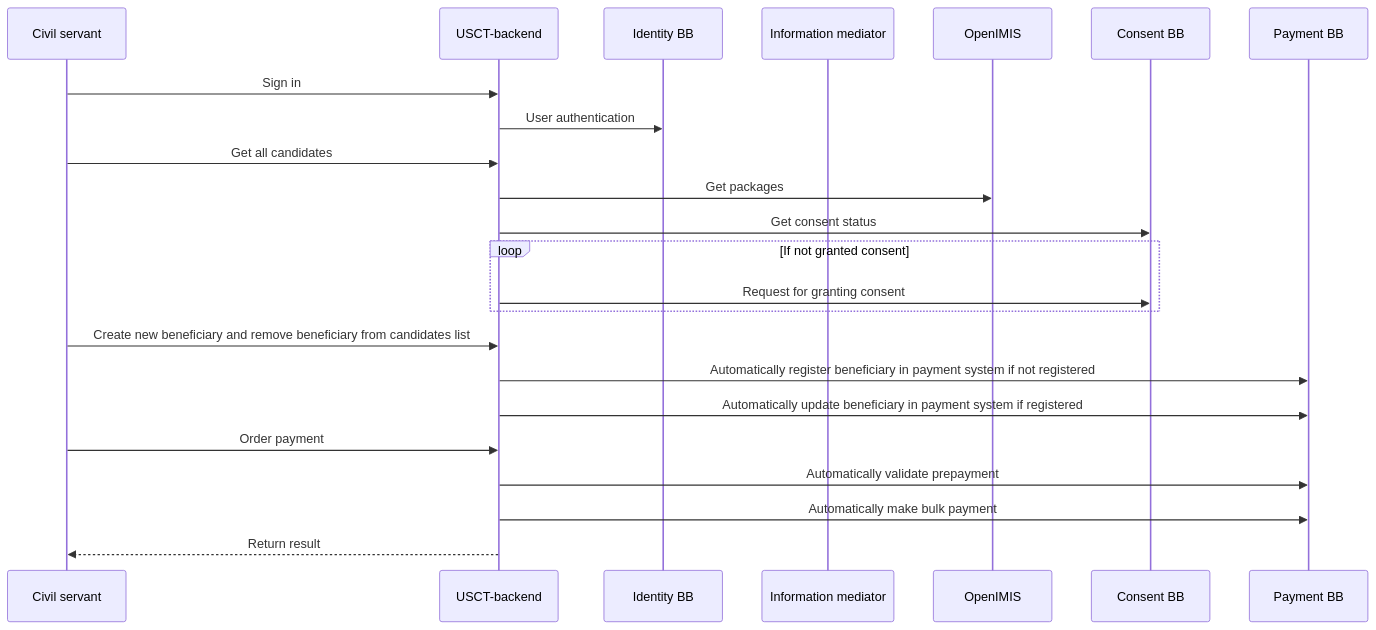
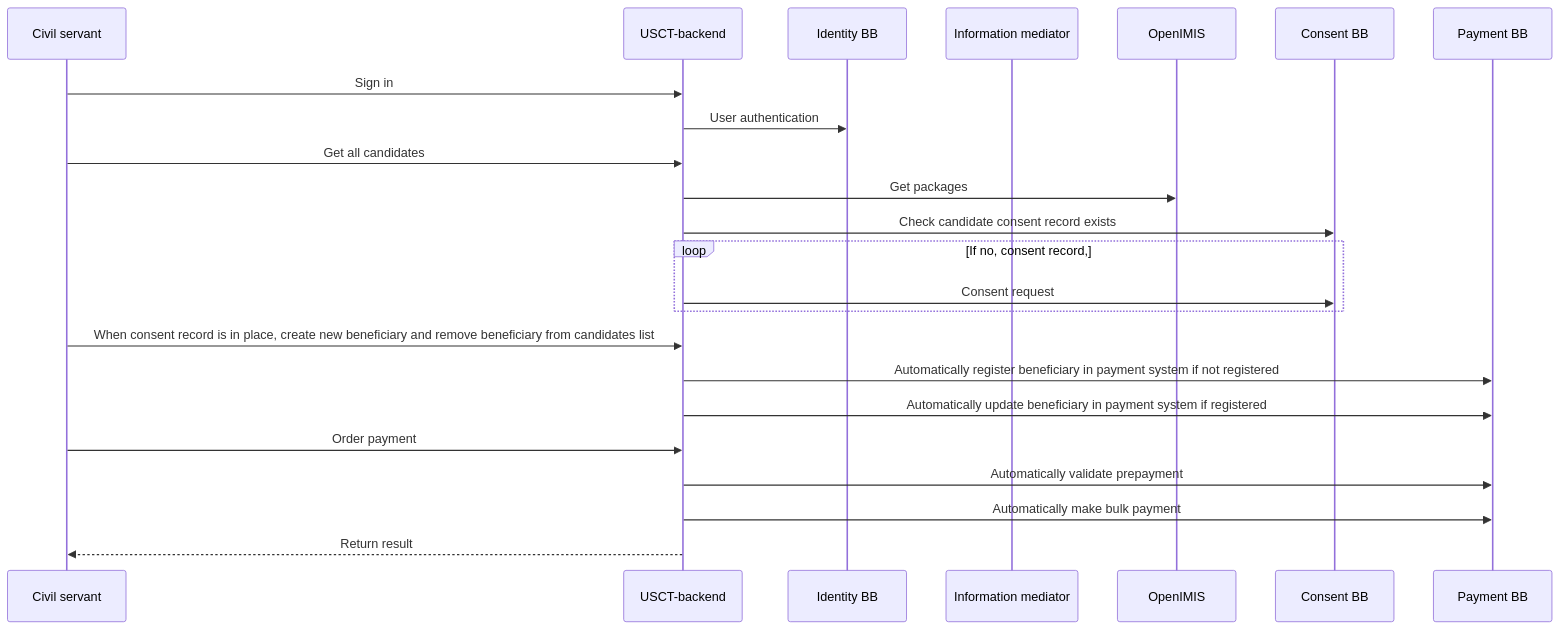
One commit to oci-sunbird/sandbox-usecase-usct-backend changed the diagram in docs/main.md. Above: the diagram before and after it, drawn with Mermaid.

Commit message:
Update diagram

````diff
--- a/docs/main.md
+++ b/docs/main.md
@@ -11,20 +11,20 @@
 ```mermaid
 sequenceDiagram
     Civil servant ->> USCT-backend: Sign in
     USCT-backend ->> Identity BB: User authentication
     participant im as Information mediator
 
     Civil servant ->> USCT-backend: Get all candidates
     USCT-backend ->> OpenIMIS: Get packages
-    USCT-backend ->> Consent BB: Get consent status
-    loop If not granted consent
-      USCT-backend ->>Consent BB: Request for granting consent
+    USCT-backend ->> Consent BB: Check candidate consent record exists
+    loop If no, consent record,
+      USCT-backend ->>Consent BB: Consent request
     end
-    Civil servant ->> USCT-backend: Create new beneficiary and remove beneficiary from candidates list
+  Civil servant ->> USCT-backend: When consent record is in place, create new beneficiary and remove beneficiary from candidates list
     USCT-backend ->> Payment BB: Automatically register beneficiary in payment system if not registered
     USCT-backend ->> Payment BB: Automatically update beneficiary in payment system if registered
     Civil servant ->> USCT-backend: Order payment
     USCT-backend ->> Payment BB: Automatically validate prepayment
     USCT-backend ->> Payment BB: Automatically make bulk payment
     USCT-backend -->> Civil servant: Return result
 ```
````
